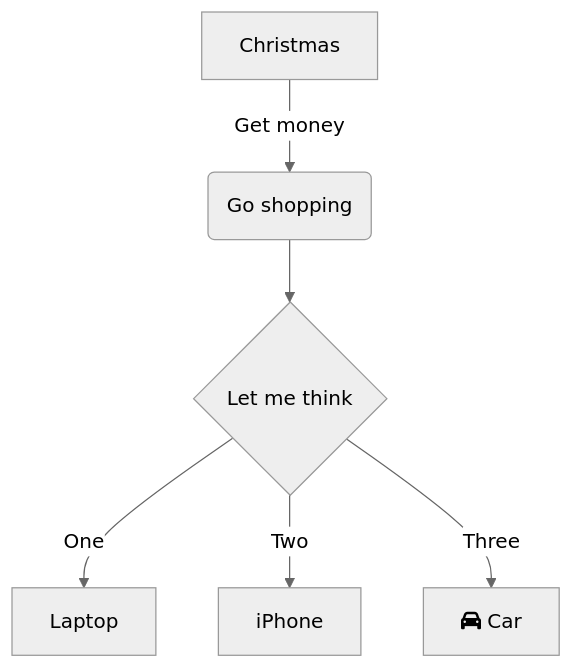
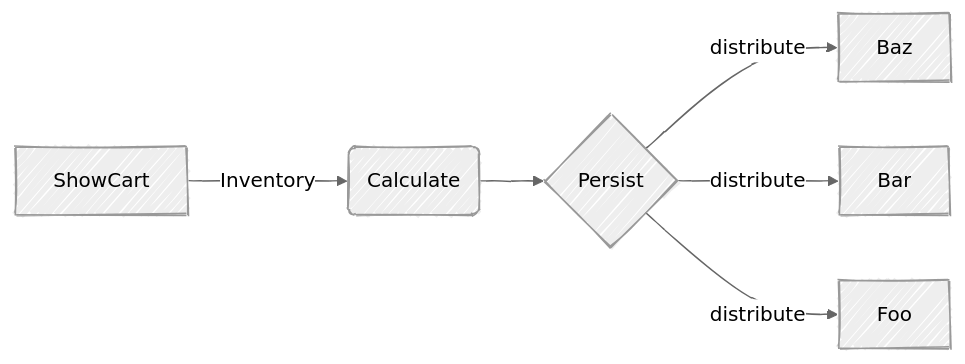
One commit to SchrodtSven/Langelinie changed the diagram in src/basic.md. Above: the diagram before and after it, drawn with Mermaid (neutral theme).

Commit message:
Adding stuff ..

````diff
--- a/src/basic.md
+++ b/src/basic.md
@@ -1,8 +1,12 @@
 ```mermaid
-graph TD
-    A[Christmas] -->|Get money| B(Go shopping)
-    B --> C{Let me think}
-    C -->|One| D[Laptop]
-    C -->|Two| E[iPhone]
-    C -->|Three| F[fa:fa-car Car]
+---
+config:
+    look: handDrawn
+---
+graph LR
+    A1[ShowCart] -->|Inventory| B1(Calculate)
+    B1 --> C1{Persist}
+    C1 -->|distribute| D1[Baz]
+    C1 -->|distribute| E1[Bar]
+    C1 -->|distribute| F1[Foo]
 ```
````
